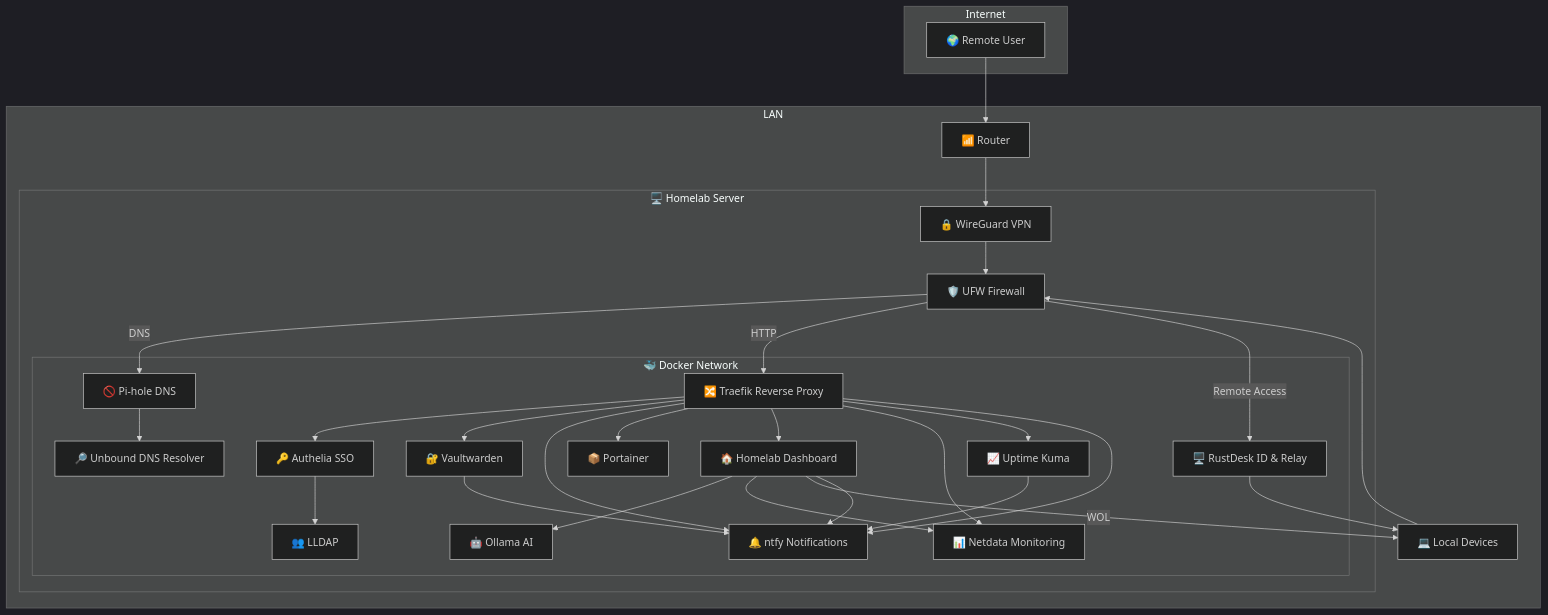
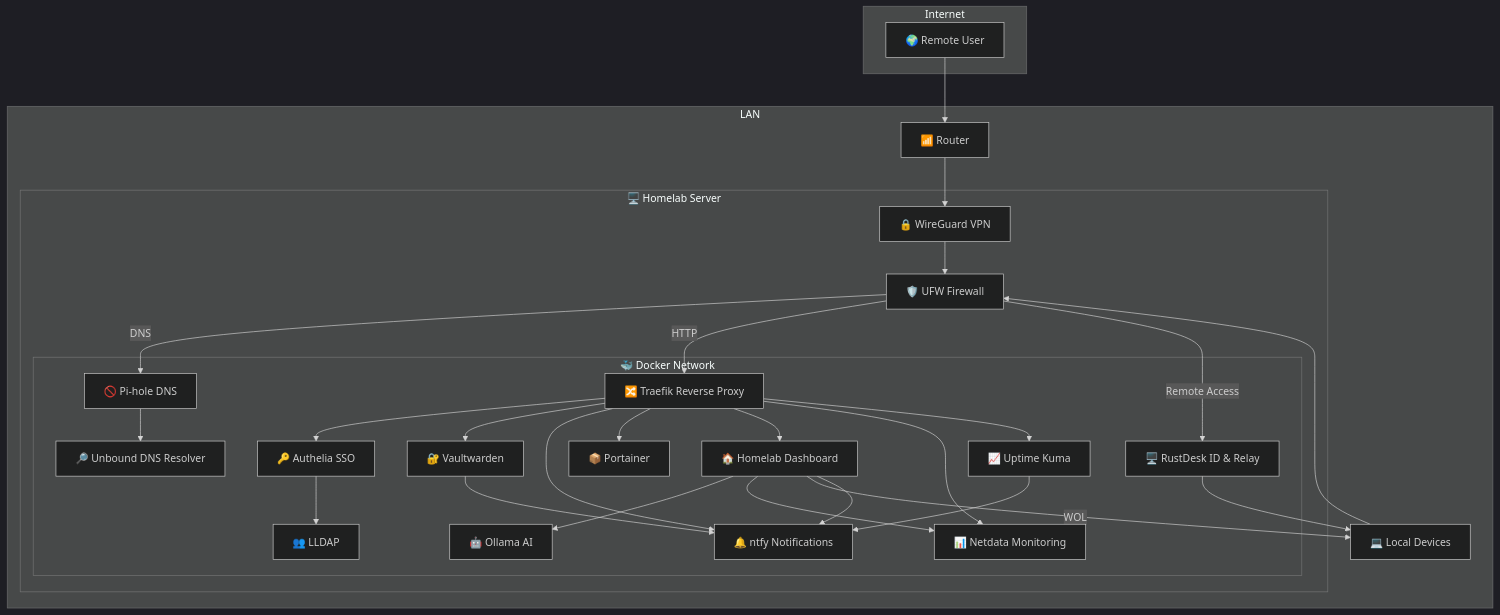
The diagram in README.md (satsinush/homelab), drawn with Mermaid before and after one commit. The commit also changed 2 other files, not shown here.

Commit message:
fix: address code review feedback — label consistency, duplicate Mermaid edge, ping endpoint comment
Agent-Logs-Url: https://github.com/satsinush/homelab/sessions/865dc290-0de8-40e1-b517-64fffe917557

````diff
--- a/README.md
+++ b/README.md
@@ -66,71 +66,70 @@
 ```mermaid
 %%{init: {
     "theme": "dark"
 }}%%
 graph TD
     %% INTERNET
     subgraph Internet
         RemoteClient[🌍 Remote User]
     end
 
     %% LAN
     subgraph LAN
         Router[📶 Router]
         LocalClient[💻 Local Devices]
 
         subgraph Server[🖥️ Homelab Server]
             WireGuard[🔒 WireGuard VPN]
             UFW[🛡️ UFW Firewall]
 
             subgraph Docker[🐳 Docker Network]
                 Traefik[🔀 Traefik Reverse Proxy]
                 Authelia[🔑 Authelia SSO]
                 Vaultwarden[🔐 Vaultwarden]
                 Portainer[📦 Portainer]
                 Dashboard[🏠 Homelab Dashboard]
                 Ollama[🤖 Ollama AI]
                 Netdata[📊 Netdata Monitoring]
                 UptimeKuma[📈 Uptime Kuma]
                 Ntfy[🔔 ntfy Notifications]
                 LLDAP[👥 LLDAP]
                 Pihole[🚫 Pi-hole DNS]
                 Unbound[🔎 Unbound DNS Resolver]
                 Rustdesk[🖥️ RustDesk ID & Relay]
             end
         end
     end
 
     %% Entry chain
     RemoteClient --> Router --> WireGuard --> UFW
     LocalClient --> UFW
 
     %% DNS chain
     Pihole --> Unbound
     UFW -->|DNS| Pihole
 
     %% Firewall routes
     UFW -->|HTTP| Traefik
     UFW -->|Remote Access| Rustdesk --> LocalClient
 
     %% Proxy/Auth flows
     Traefik --> Authelia
     Traefik --> Vaultwarden
     Traefik --> Ntfy
     Traefik --> Portainer
     Traefik --> Dashboard
     Traefik --> Netdata
     Traefik --> UptimeKuma
-    Traefik --> Ntfy
 
     Authelia --> LLDAP
 
     %% Dashboard flows
     Dashboard --> Ollama
     Dashboard --> Netdata
     Dashboard -->|WOL| LocalClient
     Dashboard --> Ntfy
 
     %% Notifications
     UptimeKuma --> Ntfy
     Vaultwarden --> Ntfy
 ```
````
